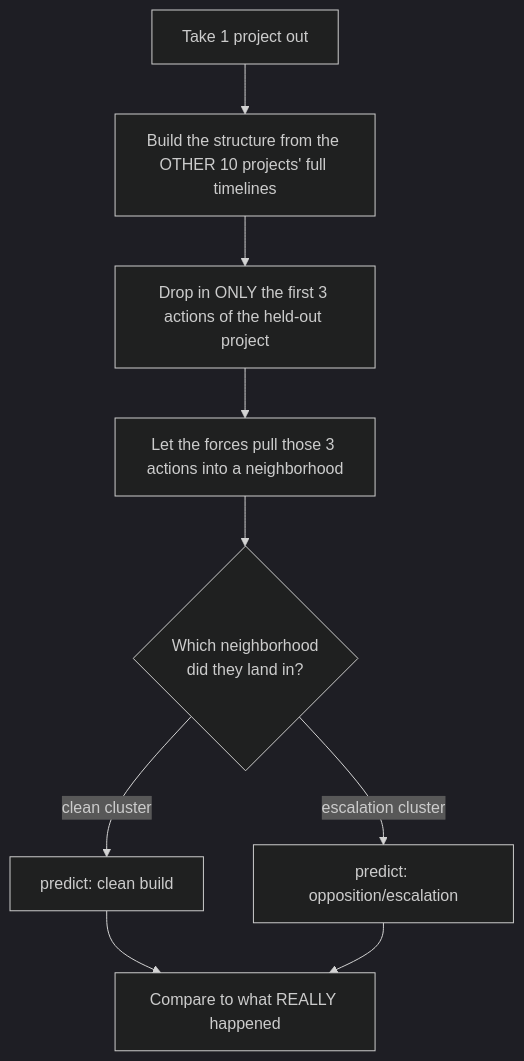
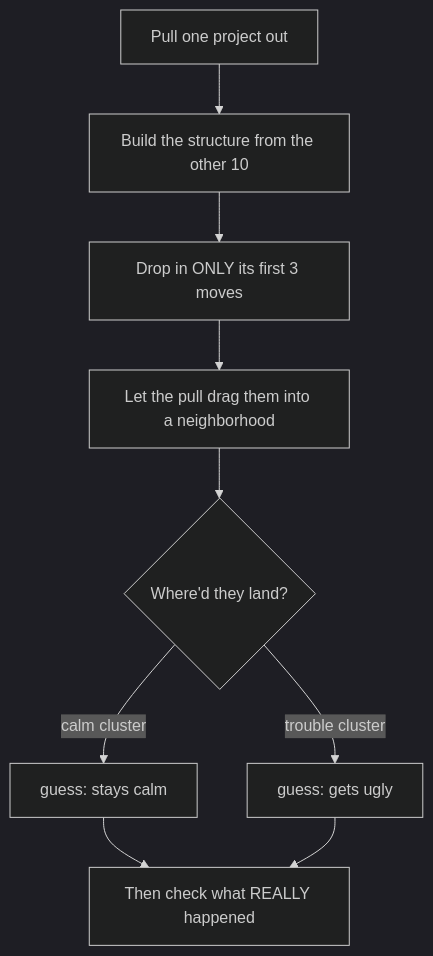
One commit to alex645324/Emergence changed the diagram in README.md. Above: the diagram before and after it, drawn with Mermaid (dark theme). The commit also changed other lines of this file, not shown here.

Commit message:
chore: clean up

````diff
--- a/README.md
+++ b/README.md
@@ -131,11 +135,11 @@
 ```mermaid
 flowchart TD
-  A[Take 1 project out] --> B[Build the structure from the OTHER 10 projects' full timelines]
-  B --> C[Drop in ONLY the first 3 actions of the held-out project]
-  C --> D[Let the forces pull those 3 actions into a neighborhood]
-  D --> E{Which neighborhood<br/>did they land in?}
-  E -->|clean cluster| F[predict: clean build]
-  E -->|escalation cluster| G[predict: opposition/escalation]
-  F --> H[Compare to what REALLY happened]
+  A[Pull one project out] --> B[Build the structure from the other 10]
+  B --> C[Drop in ONLY its first 3 moves]
+  C --> D[Let the pull drag them into a neighborhood]
+  D --> E{Where'd they land?}
+  E -->|calm cluster| F[guess: stays calm]
+  E -->|trouble cluster| G[guess: gets ugly]
+  F --> H[Then check what REALLY happened]
   G --> H
 ```
````
